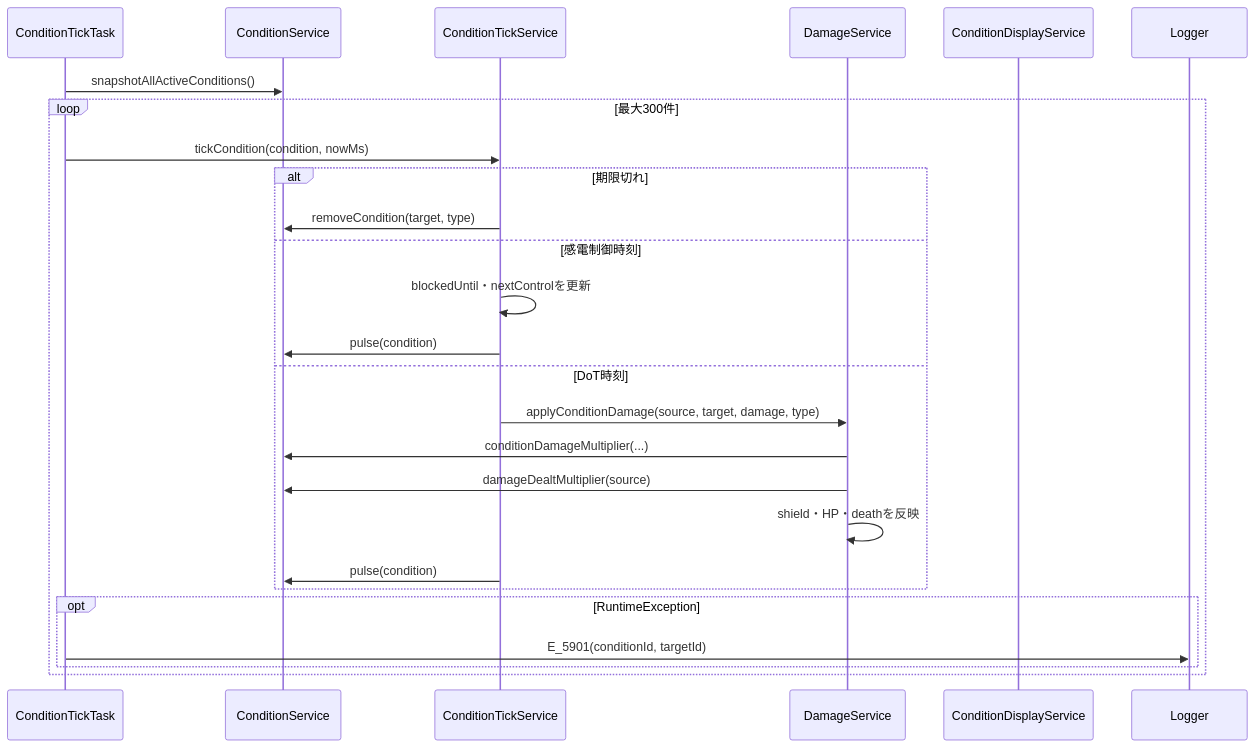
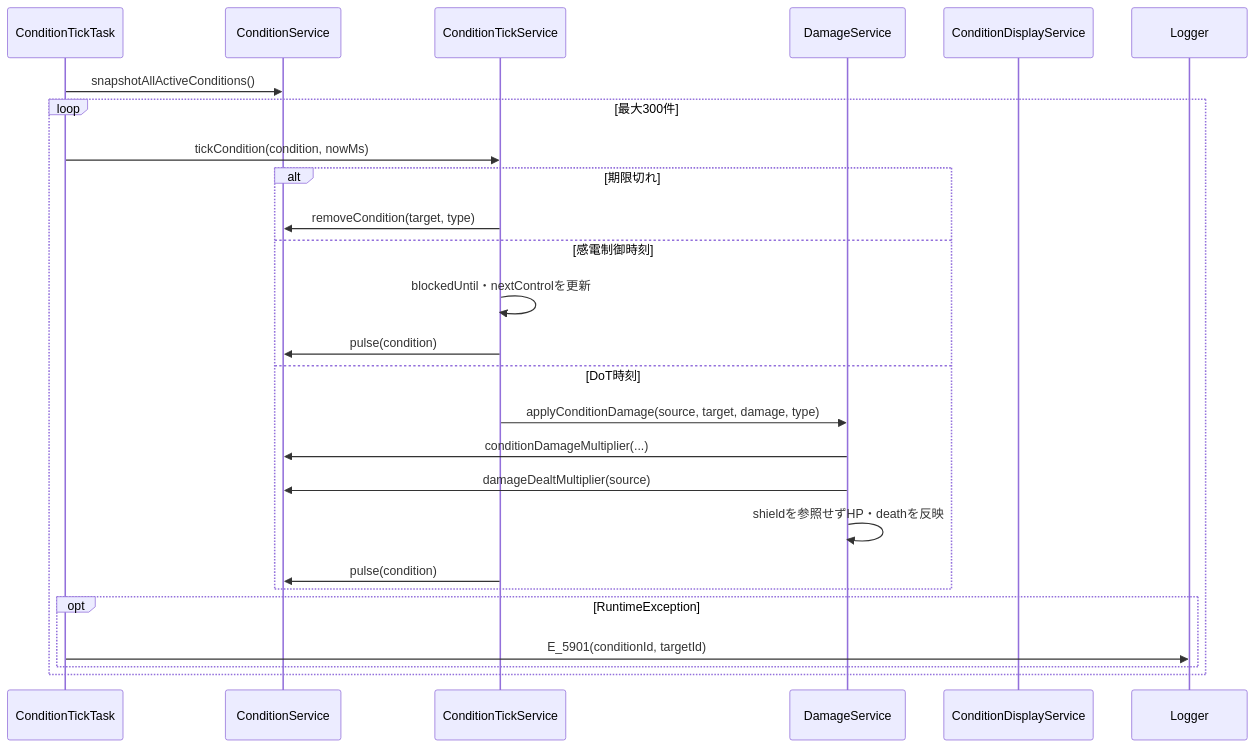
Before and after one commit to maaasu/AstralRecord-Workspace: the second of 5 diagrams in 00_docs/10_Plugin設計書/feature/27-condition/27_4-統合フロー.md, drawn with Mermaid. The commit also changed other lines of this file and 12 other files, not shown here.

````diff
--- a/00_docs/10_Plugin設計書/feature/27-condition/27_4-統合フロー.md
+++ b/00_docs/10_Plugin設計書/feature/27-condition/27_4-統合フロー.md
@@ -44,29 +44,29 @@
 ```mermaid
 sequenceDiagram
     participant Task as ConditionTickTask
     participant Condition as ConditionService
     participant Tick as ConditionTickService
     participant Damage as DamageService
     participant Display as ConditionDisplayService
     participant Logger as Logger
 
     Task->>Condition: snapshotAllActiveConditions()
     loop 最大300件
         Task->>Tick: tickCondition(condition, nowMs)
         alt 期限切れ
             Tick->>Condition: removeCondition(target, type)
         else 感電制御時刻
             Tick->>Tick: blockedUntil・nextControlを更新
             Tick->>Condition: pulse(condition)
         else DoT時刻
             Tick->>Damage: applyConditionDamage(source, target, damage, type)
             Damage->>Condition: conditionDamageMultiplier(...)
             Damage->>Condition: damageDealtMultiplier(source)
-            Damage->>Damage: shield・HP・deathを反映
+            Damage->>Damage: shieldを参照せずHP・deathを反映
             Tick->>Condition: pulse(condition)
         end
         opt RuntimeException
             Task->>Logger: E_5901(conditionId, targetId)
         end
     end
 ```
````
